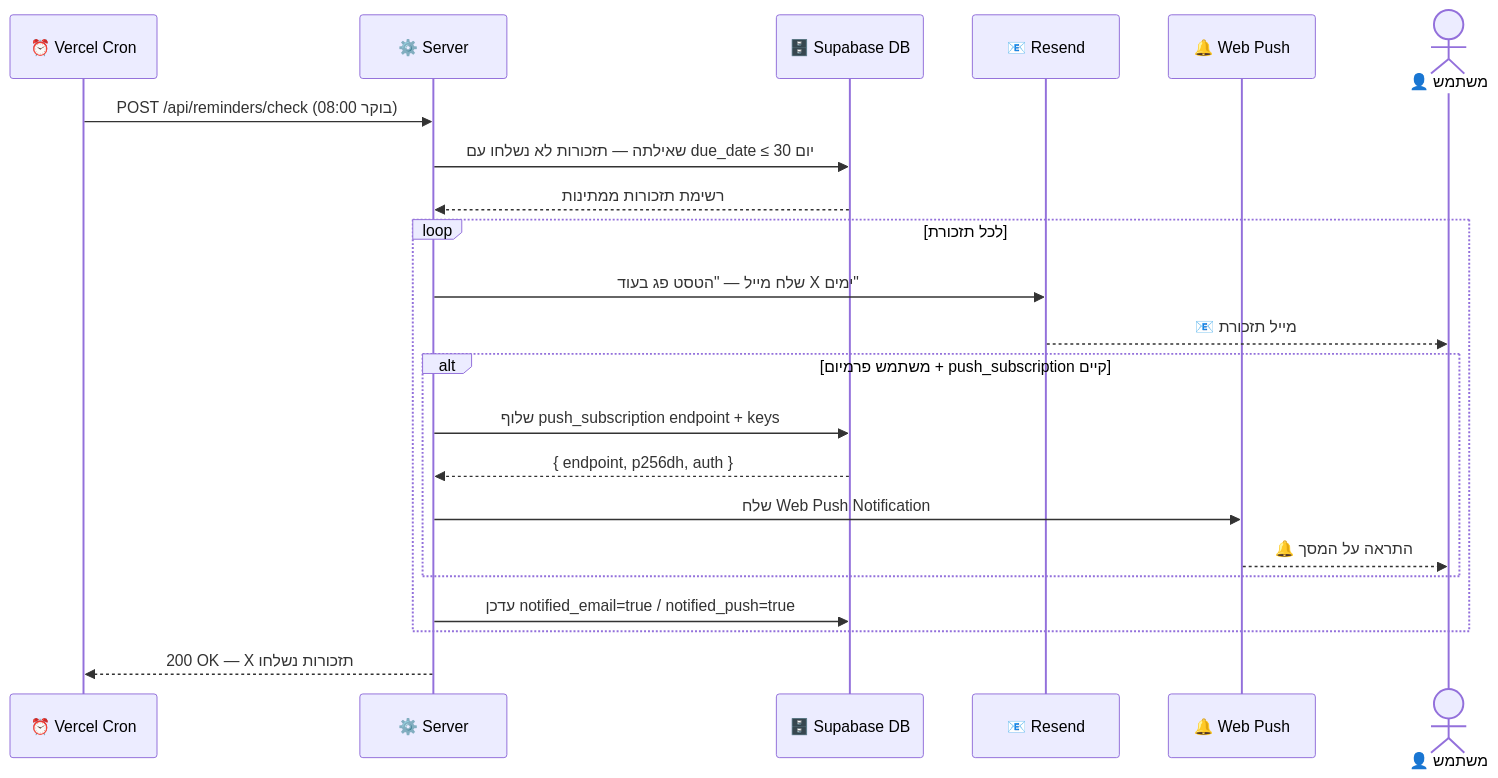
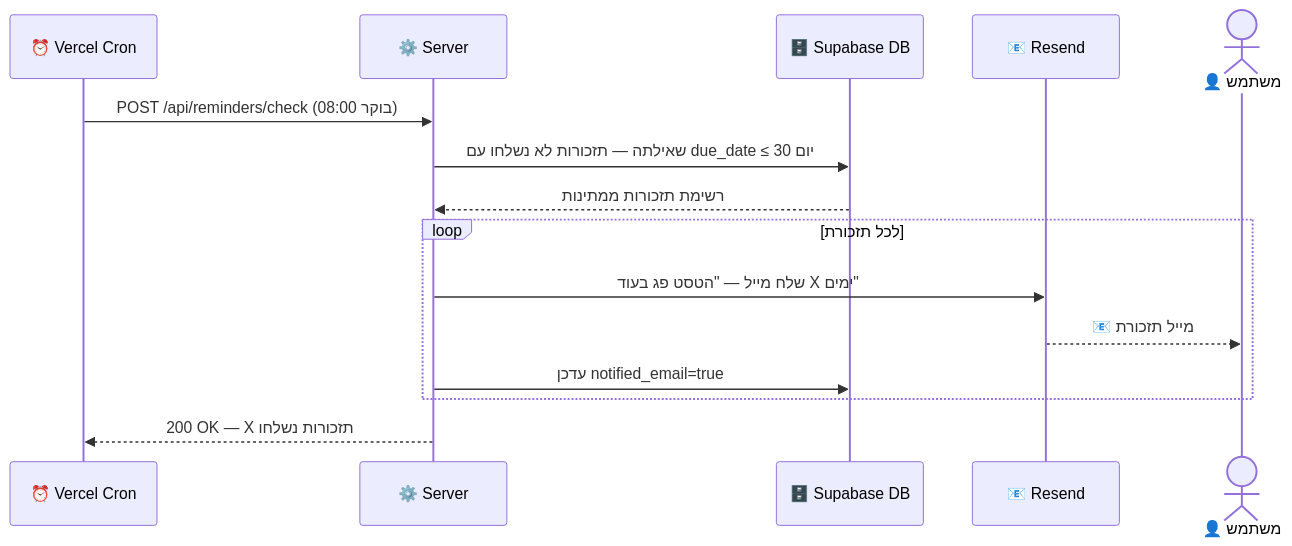
One commit to DaelShloush/MyCarPortal changed the third of 4 diagrams in docs/SYSTEM-DESIGN.md. Above: the diagram before and after it, drawn with Mermaid. The commit also changed other lines of this file and 36 other files, not shown here.

````diff
--- a/docs/SYSTEM-DESIGN.md
+++ b/docs/SYSTEM-DESIGN.md
@@ -144,30 +138,22 @@
 ```mermaid
 sequenceDiagram
     participant Cron as ⏰ Vercel Cron
     participant Server as ⚙️ Server
     participant DB as 🗄️ Supabase DB
     participant Resend as 📧 Resend
-    participant Push as 🔔 Web Push
     actor User as 👤 משתמש
 
     Cron->>Server: POST /api/reminders/check (08:00 בוקר)
 
     Server->>DB: שאילתה — תזכורות לא נשלחו עם due_date ≤ 30 יום
     DB-->>Server: רשימת תזכורות ממתינות
 
     loop לכל תזכורת
         Server->>Resend: שלח מייל — "הטסט פג בעוד X ימים"
         Resend-->>User: 📧 מייל תזכורת
 
-        alt משתמש פרמיום + push_subscription קיים
-            Server->>DB: שלוף push_subscription endpoint + keys
-            DB-->>Server: { endpoint, p256dh, auth }
-            Server->>Push: שלח Web Push Notification
-            Push-->>User: 🔔 התראה על המסך
-        end
-
-        Server->>DB: עדכן notified_email=true / notified_push=true
+        Server->>DB: עדכן notified_email=true
     end
 
     Server-->>Cron: 200 OK — X תזכורות נשלחו
 ```
````
